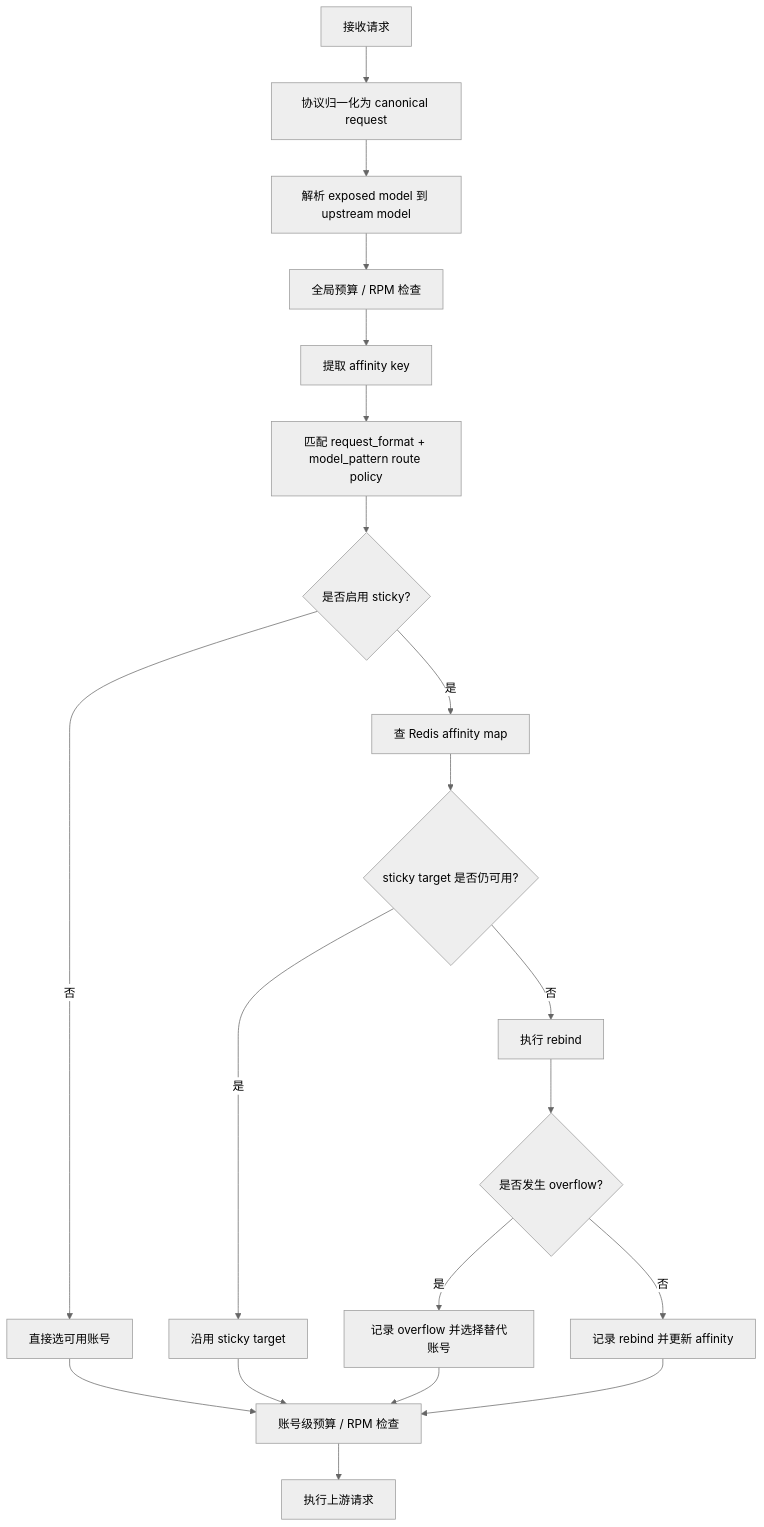
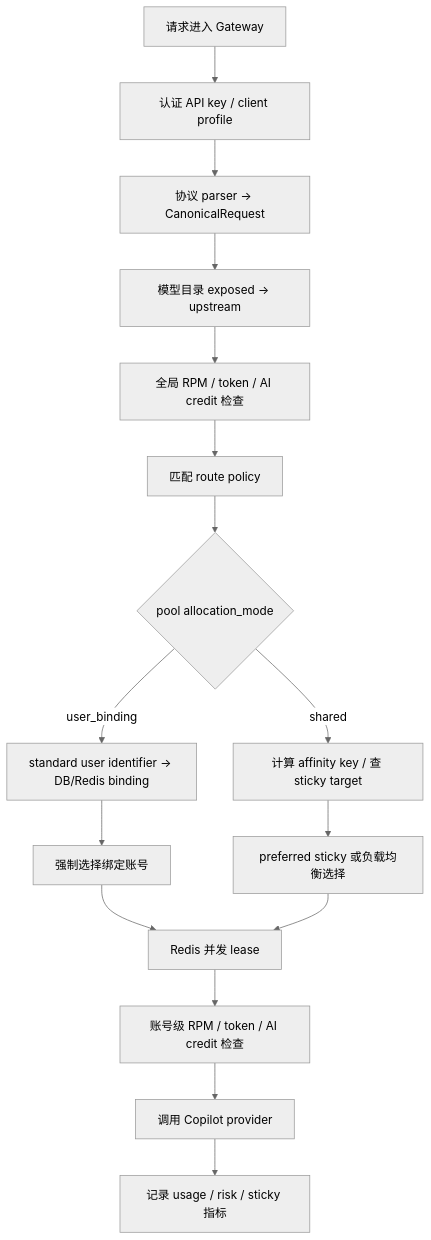
The diagram in docs/routing.zh.md (pczhao1210/ghcp-pool-proxy), drawn with Mermaid (neutral theme) before and after one commit. The commit also changed other lines of this file and 18 other files, not shown here.

````diff
--- a/docs/routing.zh.md
+++ b/docs/routing.zh.md
@@ -32,22 +7,18 @@
 ```mermaid
 flowchart TD
-  A["接收请求"] --> B["协议归一化为 canonical request"]
-  B --> C["解析 exposed model 到 upstream model"]
-  C --> D["全局预算 / RPM 检查"]
-  D --> E["提取 affinity key"]
-  E --> F["匹配 request_format + model_pattern route policy"]
-  F --> G{"是否启用 sticky?"}
-  G -->|"否"| H["直接选可用账号"]
-  G -->|"是"| I["查 Redis affinity map"]
-  I --> J{"sticky target 是否仍可用?"}
-  J -->|"是"| K["沿用 sticky target"]
-  J -->|"否"| L["执行 rebind"]
-  L --> M{"是否发生 overflow?"}
-  M -->|"是"| N["记录 overflow 并选择替代账号"]
-  M -->|"否"| O["记录 rebind 并更新 affinity"]
-  K --> P["账号级预算 / RPM 检查"]
-  H --> P
-  N --> P
-  O --> P
-  P --> Q["执行上游请求"]
+  A["请求进入 Gateway"] --> B["认证 API key / client profile"]
+  B --> C["协议 parser -> CanonicalRequest"]
+  C --> D["模型目录 exposed -> upstream"]
+  D --> E["全局 RPM / token / AI credit 检查"]
+  E --> F["匹配 route policy"]
+  F --> G{"pool allocation_mode"}
+  G -->|"user_binding"| H["standard user identifier -> DB/Redis binding"]
+  G -->|"shared"| I["计算 affinity key / 查 sticky target"]
+  H --> J["强制选择绑定账号"]
+  I --> K["preferred sticky 或负载均衡选择"]
+  J --> L["Redis 并发 lease"]
+  K --> L
+  L --> M["账号级 RPM / token / AI credit 检查"]
+  M --> N["调用 Copilot provider"]
+  N --> O["记录 usage / risk / sticky 指标"]
 ```
````
